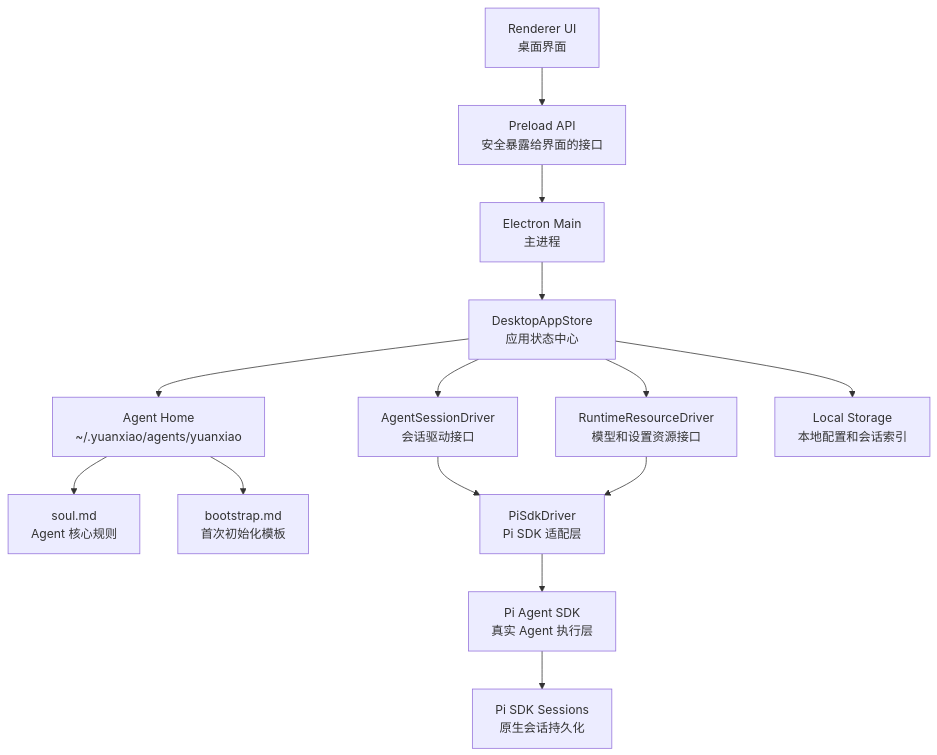
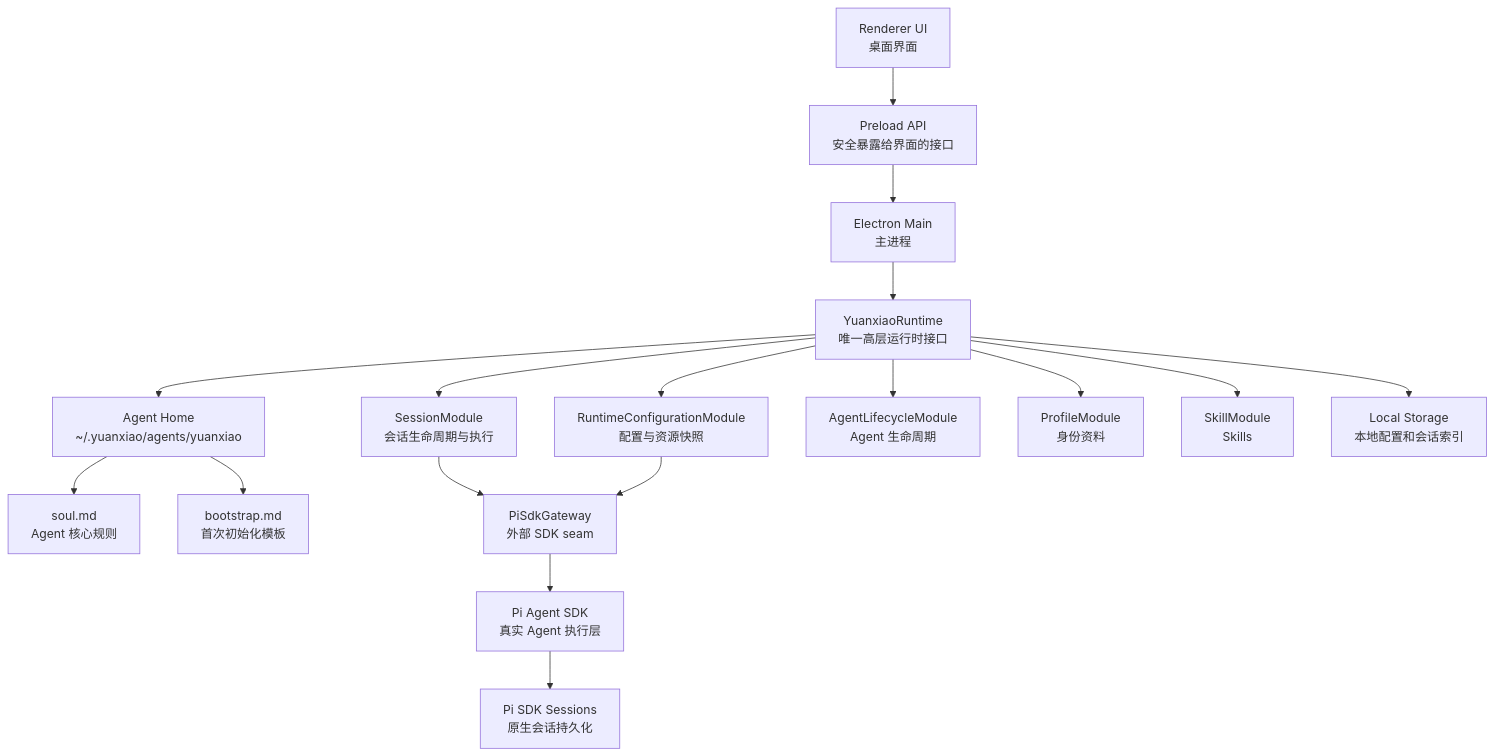
One commit to GoetheDady/tangyuan changed the diagram in docs/mvp-roadmap.md. Above: the diagram before and after it, drawn with Mermaid. The commit also changed other lines of this file and 60 other files, not shown here.

````diff
--- a/docs/mvp-roadmap.md
+++ b/docs/mvp-roadmap.md
@@ -90,16 +90,19 @@
 ```mermaid
 flowchart TD
   UI["Renderer UI<br/>桌面界面"] --> Preload["Preload API<br/>安全暴露给界面的接口"]
   Preload --> Main["Electron Main<br/>主进程"]
-  Main --> AppStore["DesktopAppStore<br/>应用状态中心"]
-  AppStore --> AgentHome["Agent Home<br/>~/.yuanxiao/agents/yuanxiao"]
+  Main --> Runtime["YuanxiaoRuntime<br/>唯一高层运行时接口"]
+  Runtime --> AgentHome["Agent Home<br/>~/.yuanxiao/agents/yuanxiao"]
   AgentHome --> Soul["soul.md<br/>Agent 核心规则"]
   AgentHome --> Bootstrap["bootstrap.md<br/>首次初始化模板"]
-  AppStore --> SessionDriver["AgentSessionDriver<br/>会话驱动接口"]
-  AppStore --> RuntimeDriver["RuntimeResourceDriver<br/>模型和设置资源接口"]
-  SessionDriver --> PiDriver["PiSdkDriver<br/>Pi SDK 适配层"]
-  RuntimeDriver --> PiDriver
-  PiDriver --> PiSDK["Pi Agent SDK<br/>真实 Agent 执行层"]
-  AppStore --> Storage["Local Storage<br/>本地配置和会话索引"]
+  Runtime --> ConfigModule["RuntimeConfigurationModule<br/>配置与资源快照"]
+  Runtime --> SessionModule["SessionModule<br/>会话生命周期与执行"]
+  Runtime --> AgentModule["AgentLifecycleModule<br/>Agent 生命周期"]
+  Runtime --> ProfileModule["ProfileModule<br/>身份资料"]
+  Runtime --> SkillModule["SkillModule<br/>Skills"]
+  SessionModule --> PiGateway["PiSdkGateway<br/>外部 SDK seam"]
+  ConfigModule --> PiGateway
+  PiGateway --> PiSDK["Pi Agent SDK<br/>真实 Agent 执行层"]
+  Runtime --> Storage["Local Storage<br/>本地配置和会话索引"]
   PiSDK --> SdkSessions["Pi SDK Sessions<br/>原生会话持久化"]
 ```
````
